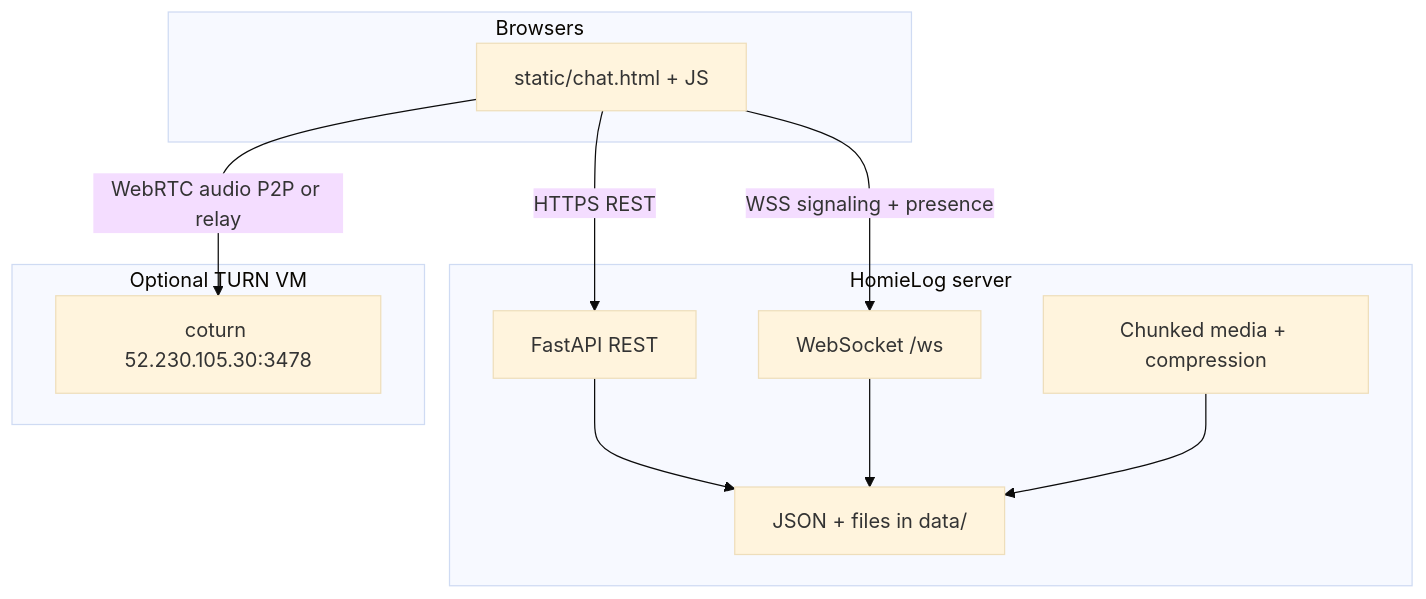
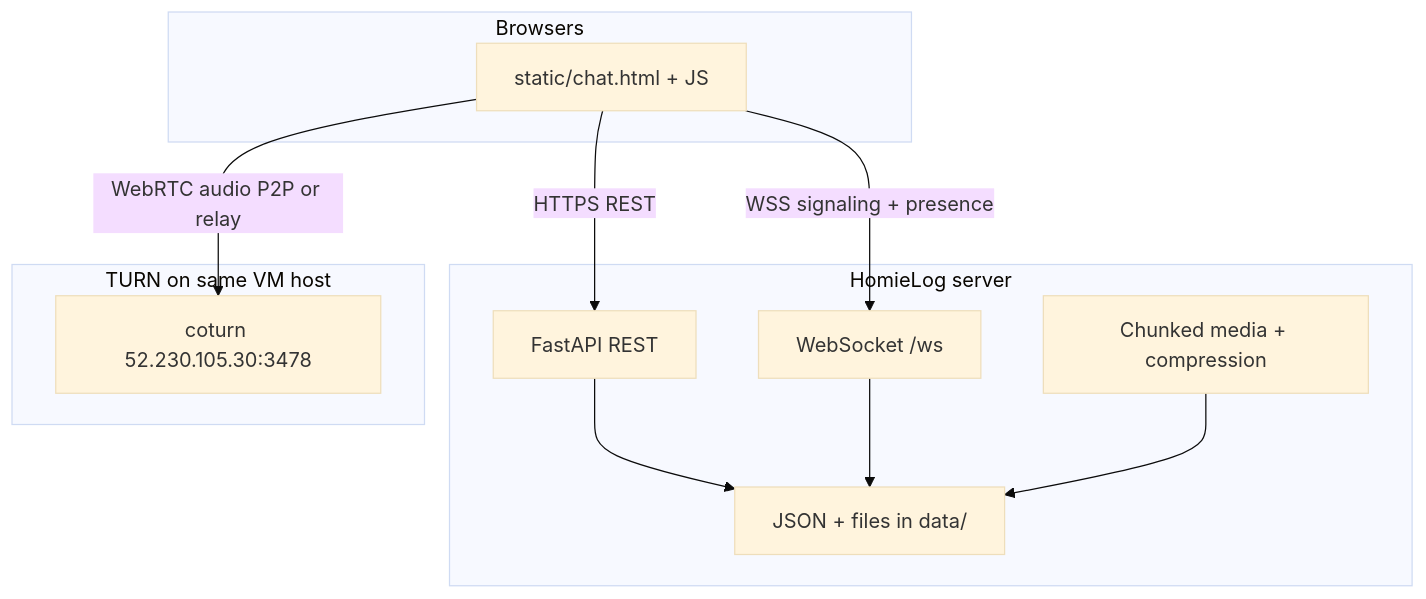
One commit to sayuru-j/homies-collection changed the diagram in DOCUMENTATION.md. Above: the diagram before and after it, drawn with Mermaid (base theme). The commit also changed other lines of this file and 3 other files, not shown here.

````diff
--- a/DOCUMENTATION.md
+++ b/DOCUMENTATION.md
@@ -62,24 +65,24 @@
 ```mermaid
 flowchart TB
   subgraph clients [Browsers]
     Web[static/chat.html + JS]
   end
 
   subgraph server [HomieLog server]
     API[FastAPI REST]
     WS[WebSocket /ws]
     Media[Chunked media + compression]
     Store[JSON + files in data/]
   end
 
-  subgraph turn [Optional TURN VM]
+  subgraph turn [TURN on same VM host]
     Coturn[coturn 52.230.105.30:3478]
   end
 
   Web -->|HTTPS REST| API
   Web -->|WSS signaling + presence| WS
   Web -->|WebRTC audio P2P or relay| Coturn
   API --> Store
   WS --> Store
   Media --> Store
 ```
````
